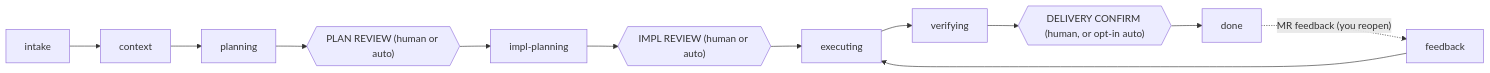
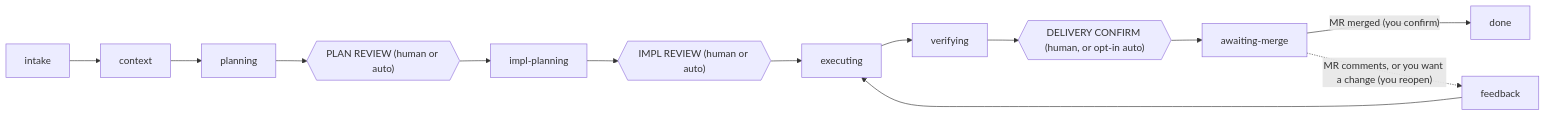
Before and after one commit to hakkasuru/morpheus-os: the diagram in README.md, drawn with Mermaid. The commit also changed other lines of this file and 1 other file, not shown here.

Commit message:
docs: describe awaiting-merge, closing on merge, and the MR check

````diff
--- a/README.md
+++ b/README.md
@@ -27,12 +27,13 @@
 ```mermaid
 flowchart LR
     intake --> context --> planning
     planning --> plan_review{{"PLAN REVIEW (human or auto)"}}
     plan_review --> impl_planning["impl-planning"]
     impl_planning --> impl_review{{"IMPL REVIEW (human or auto)"}}
     impl_review --> executing --> verifying
     verifying --> delivery_confirm{{"DELIVERY CONFIRM (human, or opt-in auto)"}}
-    delivery_confirm --> done
-    done -. "MR feedback (you reopen)" .-> feedback
+    delivery_confirm --> awaiting_merge["awaiting-merge"]
+    awaiting_merge -- "MR merged (you confirm)" --> done
+    awaiting_merge -. "MR comments, or you want a change (you reopen)" .-> feedback
     feedback --> executing
 ```
````
